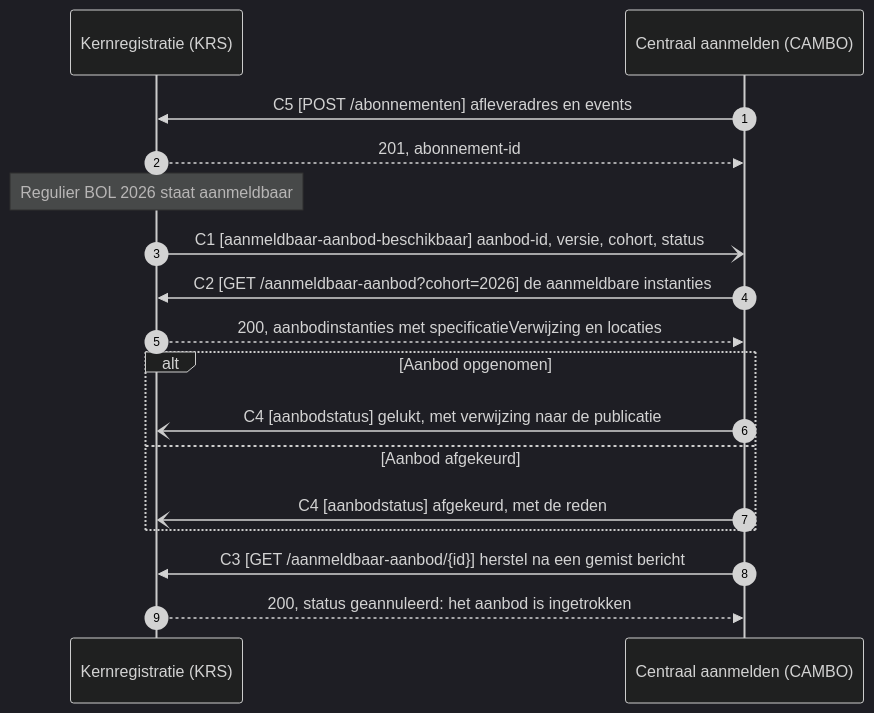
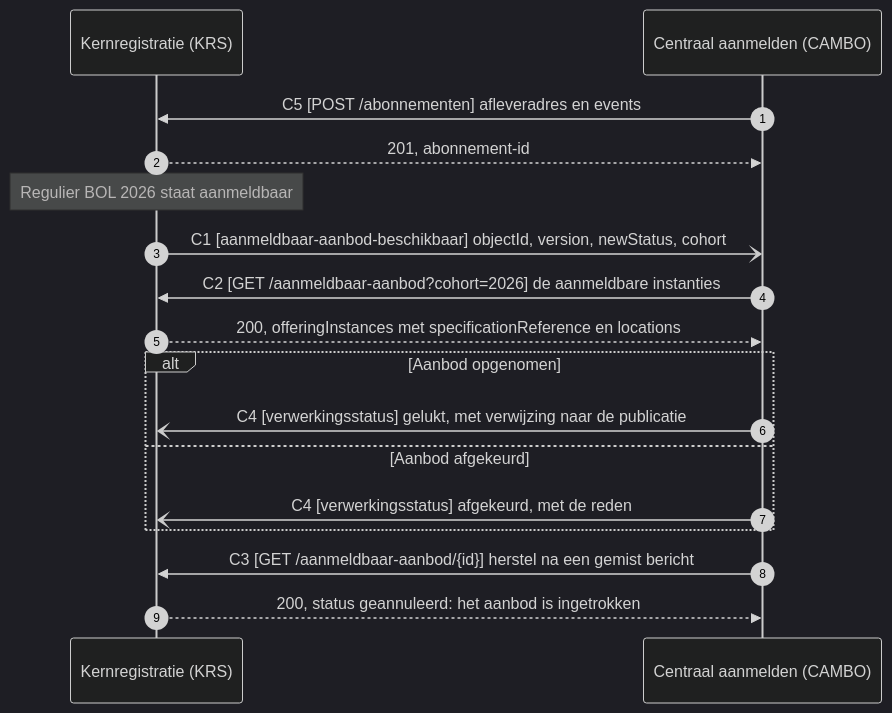
One commit to Npuls-OKx/meta changed the diagram in architecture/docs/specificatie/interactie-onderwijsaanbod/stroom-is-oa-06.md. Above: the diagram before and after it, drawn with Mermaid (dark theme). The commit also changed other lines of this file and 6 other files, not shown here.

````diff
--- a/architecture/docs/specificatie/interactie-onderwijsaanbod/stroom-is-oa-06.md
+++ b/architecture/docs/specificatie/interactie-onderwijsaanbod/stroom-is-oa-06.md
@@ -31,20 +31,20 @@
 ```mermaid
 sequenceDiagram
     autonumber
     participant KRS as Kernregistratie (KRS)
     participant CA as Centraal aanmelden (CAMBO)
 
     CA->>KRS: C5 [POST /abonnementen] afleveradres en events
     KRS-->>CA: 201, abonnement-id
     Note over KRS: Regulier BOL 2026 staat aanmeldbaar
-    KRS-)CA: C1 [aanmeldbaar-aanbod-beschikbaar] aanbod-id, versie, cohort, status
+    KRS-)CA: C1 [aanmeldbaar-aanbod-beschikbaar] objectId, version, newStatus, cohort
     CA->>KRS: C2 [GET /aanmeldbaar-aanbod?cohort=2026] de aanmeldbare instanties
-    KRS-->>CA: 200, aanbodinstanties met specificatieVerwijzing en locaties
+    KRS-->>CA: 200, offeringInstances met specificationReference en locations
     alt Aanbod opgenomen
-        CA-)KRS: C4 [aanbodstatus] gelukt, met verwijzing naar de publicatie
+        CA-)KRS: C4 [verwerkingsstatus] gelukt, met verwijzing naar de publicatie
     else Aanbod afgekeurd
-        CA-)KRS: C4 [aanbodstatus] afgekeurd, met de reden
+        CA-)KRS: C4 [verwerkingsstatus] afgekeurd, met de reden
     end
     CA->>KRS: C3 [GET /aanmeldbaar-aanbod/{id}] herstel na een gemist bericht
     KRS-->>CA: 200, status geannuleerd: het aanbod is ingetrokken
 ```
````
